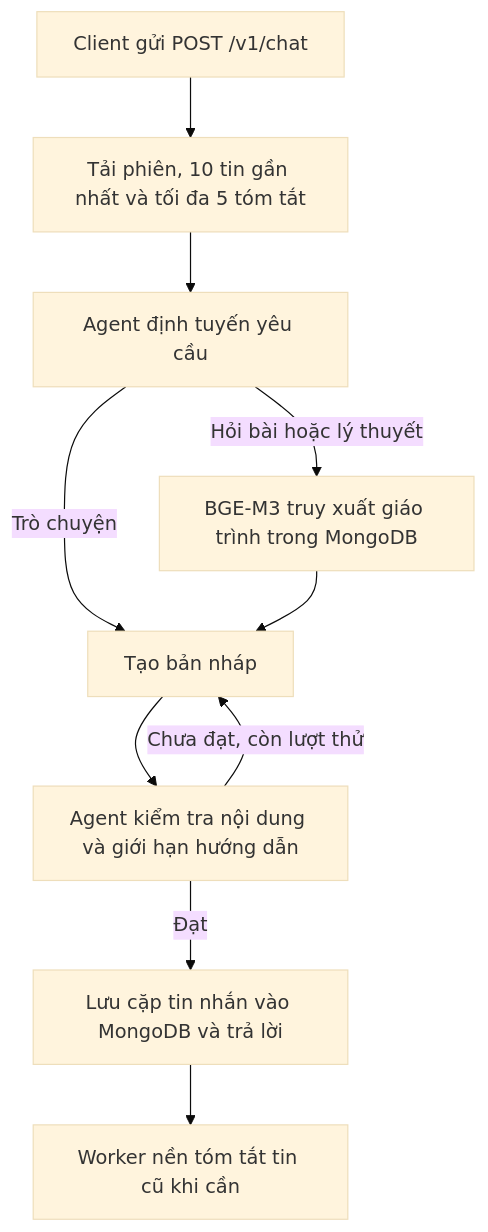
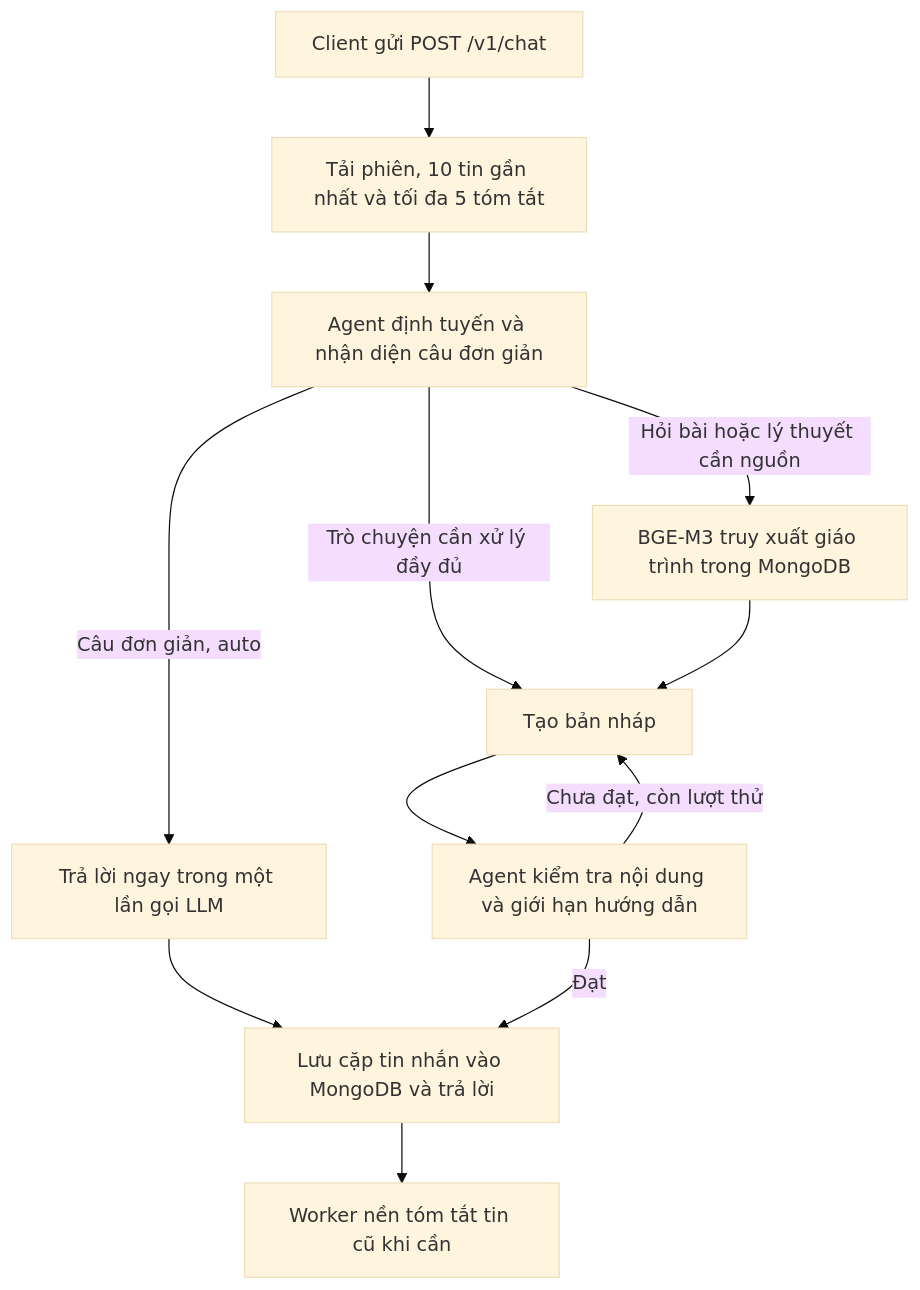
The diagram in README.md (HienHoang3011/MAS), drawn with Mermaid (base theme) before and after one commit. The commit also changed other lines of this file and 4 other files, not shown here.

````diff
--- a/README.md
+++ b/README.md
@@ -13,12 +13,14 @@
 ```mermaid
 flowchart TD
     A[Client gửi POST /v1/chat] --> B[Tải phiên, 10 tin gần nhất và tối đa 5 tóm tắt]
-    B --> C[Agent định tuyến yêu cầu]
-    C -->|Trò chuyện| E[Tạo bản nháp]
-    C -->|Hỏi bài hoặc lý thuyết| D[BGE-M3 truy xuất giáo trình trong MongoDB]
+    B --> C[Agent định tuyến và nhận diện câu đơn giản]
+    C -->|Câu đơn giản, auto| I[Trả lời ngay trong một lần gọi LLM]
+    I --> G
+    C -->|Trò chuyện cần xử lý đầy đủ| E[Tạo bản nháp]
+    C -->|Hỏi bài hoặc lý thuyết cần nguồn| D[BGE-M3 truy xuất giáo trình trong MongoDB]
     D --> E
     E --> F[Agent kiểm tra nội dung và giới hạn hướng dẫn]
     F -->|Chưa đạt, còn lượt thử| E
     F -->|Đạt| G[Lưu cặp tin nhắn vào MongoDB và trả lời]
     G --> H[Worker nền tóm tắt tin cũ khi cần]
 ```
````
